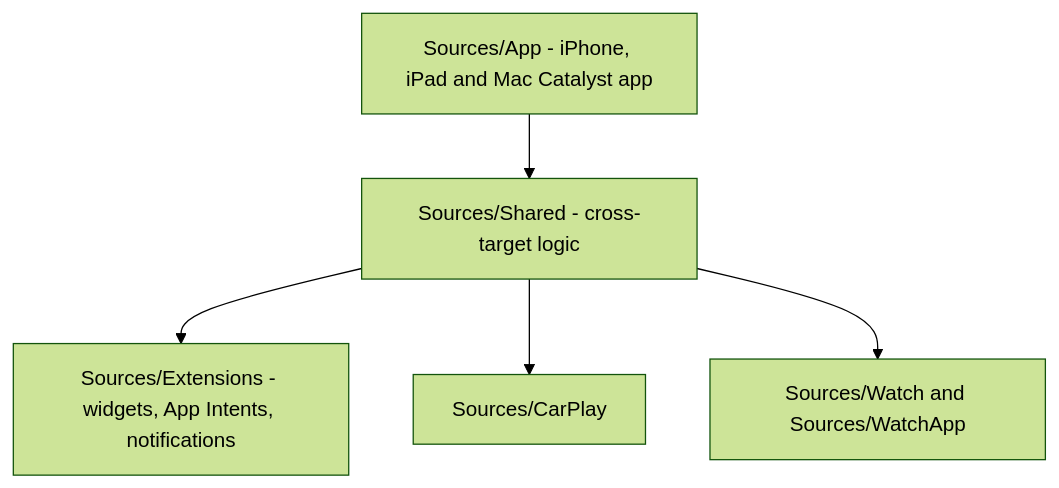
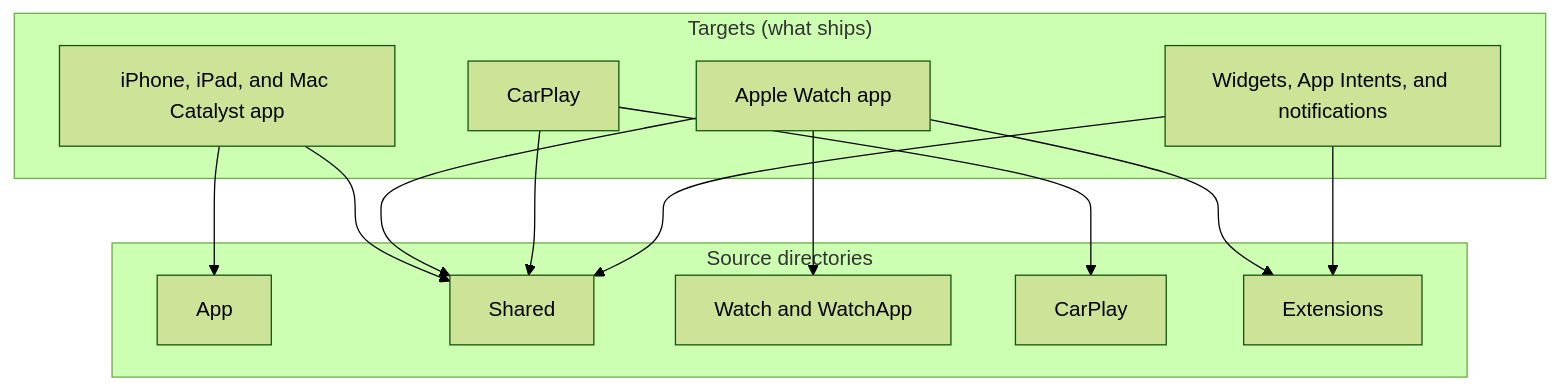
Before and after one commit to home-assistant/developers.home-assistant: the diagram in docs/apple/architecture.md, drawn with Mermaid (forest theme). The commit also changed other lines of this file, not shown here.

````diff
--- a/docs/apple/architecture.md
+++ b/docs/apple/architecture.md
@@ -104,12 +109,33 @@
 ```mermaid
-graph TD;
-    App[Sources/App - iPhone, iPad and Mac Catalyst app]
-    Shared[Sources/Shared - cross-target logic]
-    Extensions[Sources/Extensions - widgets, App Intents, notifications]
-    CarPlay[Sources/CarPlay]
-    Watch[Sources/Watch and Sources/WatchApp]
-    App --> Shared
-    Shared --> Extensions
-    Shared --> CarPlay
-    Shared --> Watch
+graph TB;
+    subgraph Targets["Targets (what ships)"]
+        AppTarget[iPhone, iPad, and Mac Catalyst app]
+        WatchTarget[Apple Watch app]
+        CarPlayTarget[CarPlay]
+        ExtTarget[Widgets, App Intents, and notifications]
+    end
+
+    subgraph Code["Source directories"]
+        App[App]
+        Shared[Shared]
+        Watch[Watch and WatchApp]
+        CarPlay[CarPlay]
+        Extensions[Extensions]
+    end
+
+    AppTarget --> App
+    AppTarget --> Shared
+    WatchTarget --> Watch
+    WatchTarget --> Extensions
+    WatchTarget --> Shared
+    CarPlayTarget --> CarPlay
+    CarPlayTarget --> Shared
+    ExtTarget --> Extensions
+    ExtTarget --> Shared
+
+    click App "https://github.com/home-assistant/iOS/tree/main/Sources/App" "Open Sources/App on GitHub"
+    click Shared "https://github.com/home-assistant/iOS/tree/main/Sources/Shared" "Open Sources/Shared on GitHub"
+    click Watch "https://github.com/home-assistant/iOS/tree/main/Sources/Watch" "Open Sources/Watch on GitHub"
+    click CarPlay "https://github.com/home-assistant/iOS/tree/main/Sources/CarPlay" "Open Sources/CarPlay on GitHub"
+    click Extensions "https://github.com/home-assistant/iOS/tree/main/Sources/Extensions" "Open Sources/Extensions on GitHub"
 ```
````
